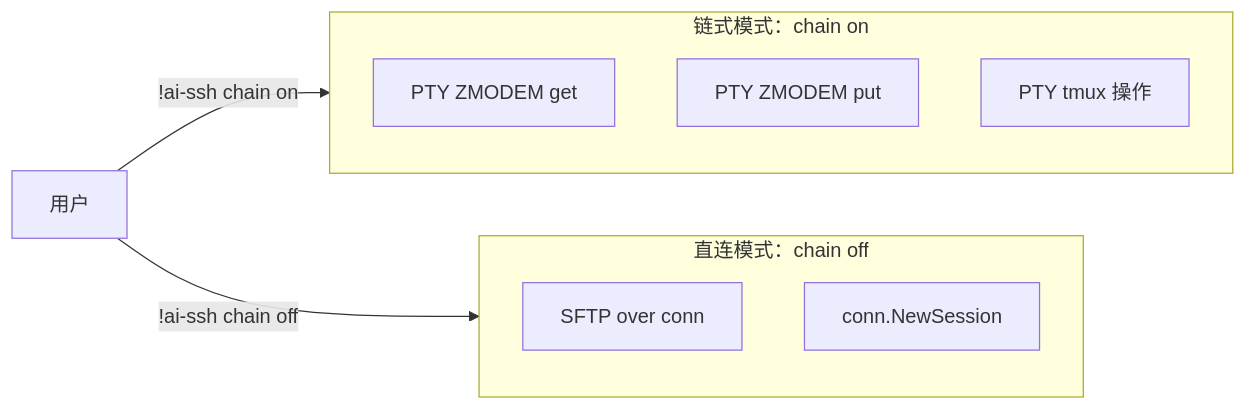
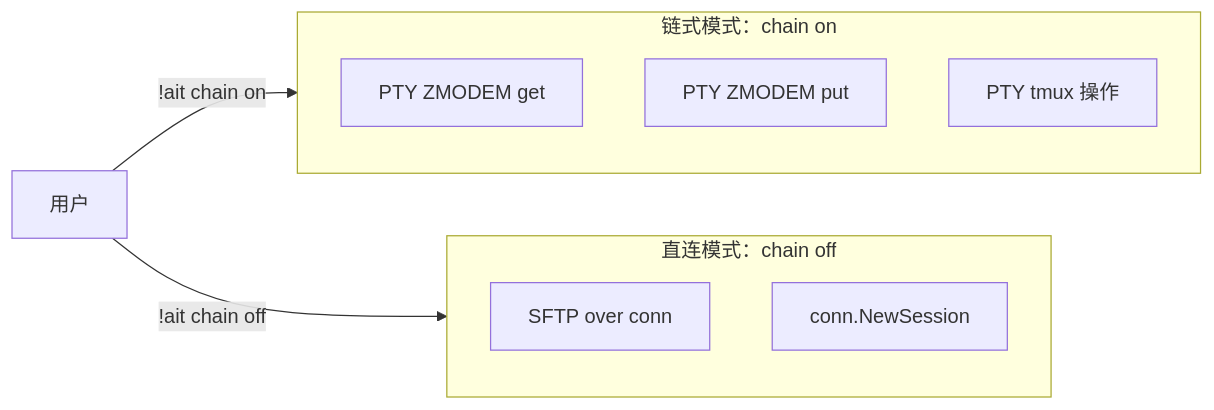
Before and after one commit to os-artificer/AiT: the eighth of 8 diagrams in docs/design.zh-CN.md, drawn with Mermaid. The commit also changed other lines of this file and 386 other files, not shown here.

````diff
--- a/docs/design.zh-CN.md
+++ b/docs/design.zh-CN.md
@@ -523,14 +523,14 @@
 ```mermaid
 flowchart LR
   subgraph direct [直连模式：chain off]
     SFTP[SFTP over conn]
     Session[conn.NewSession]
   end
   subgraph chain [链式模式：chain on]
     PTYGet[PTY ZMODEM get]
     PTYPut[PTY ZMODEM put]
     PTYTmux[PTY tmux 操作]
   end
-  User[用户] -->|!ai-ssh chain on| chain
-  User -->|!ai-ssh chain off| direct
+  User[用户] -->|!ait chain on| chain
+  User -->|!ait chain off| direct
 ```
````
